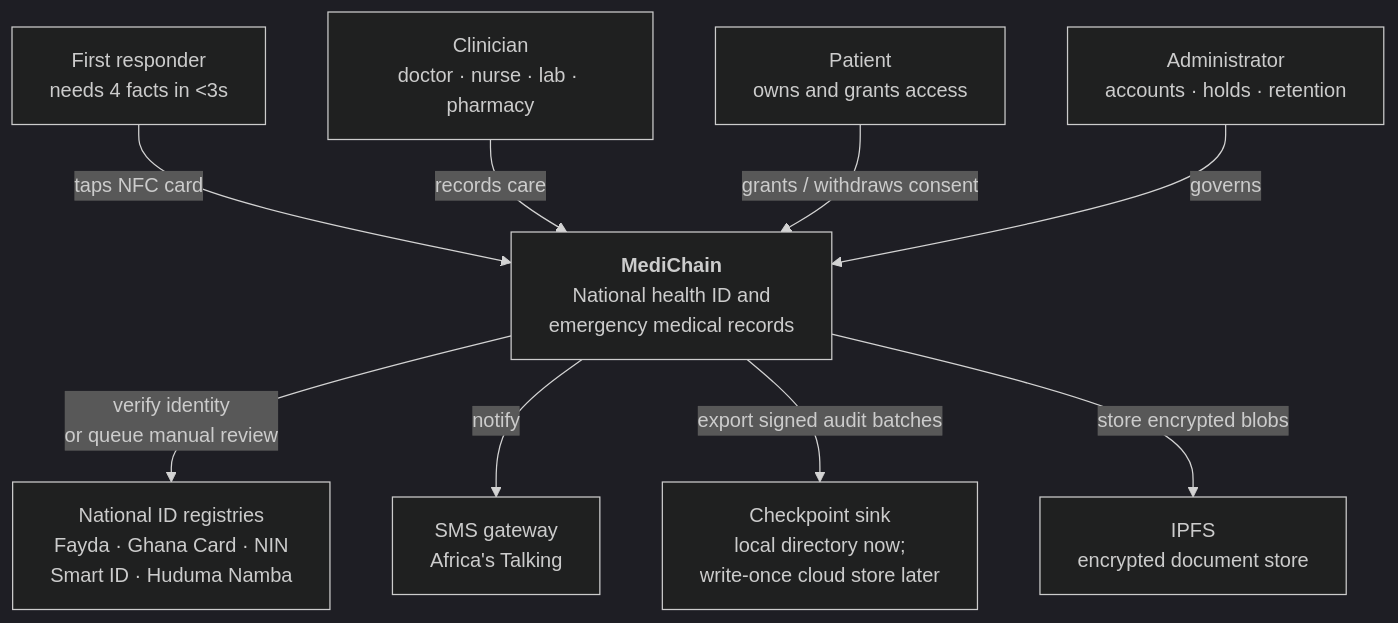
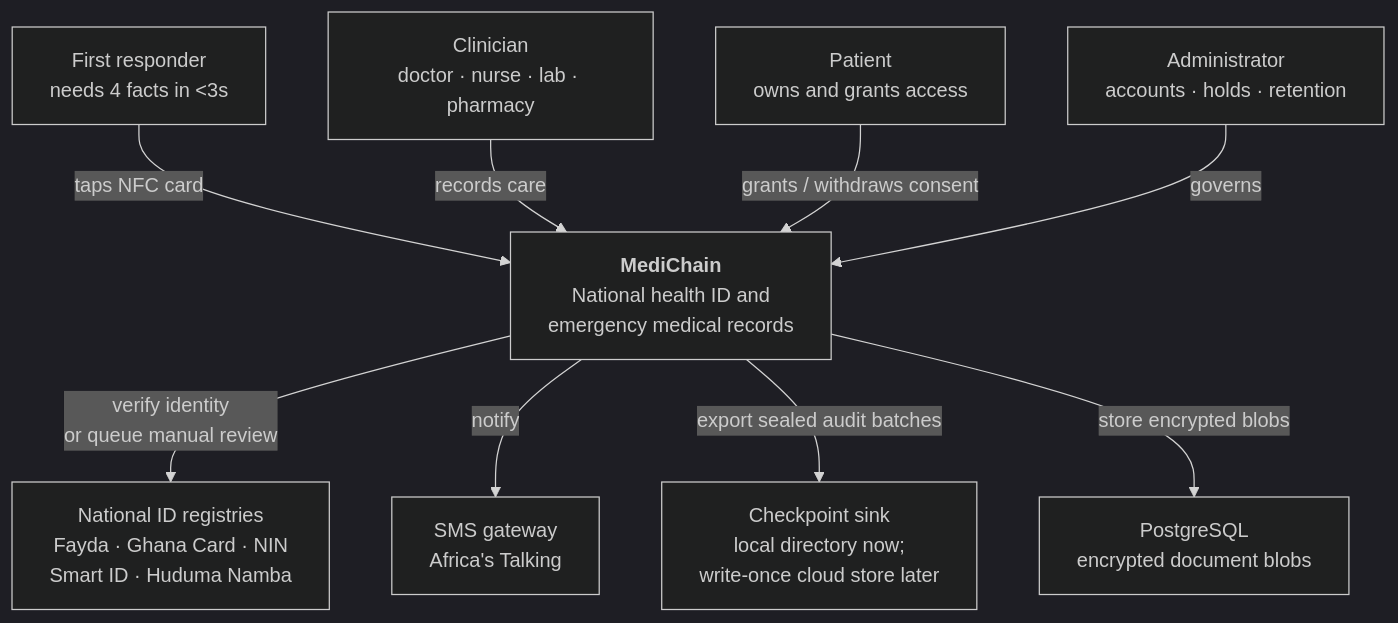
The first of 9 diagrams in docs/architecture.md (Lukau-Tech-Invasion/medichain), drawn with Mermaid (dark theme) before and after one commit. The commit also changed other lines of this file and 16 other files, not shown here.

Commit message:
Keep MediChain demo data in PostgreSQL and fail closed on storage loss

````diff
--- a/docs/architecture.md
+++ b/docs/architecture.md
@@ -38,24 +38,24 @@
 ```mermaid
 graph TB
     PARAMEDIC["First responder<br/>needs 4 facts in &lt;3s"]
     CLINICIAN["Clinician<br/>doctor · nurse · lab · pharmacy"]
     PATIENT["Patient<br/>owns and grants access"]
     ADMIN["Administrator<br/>accounts · holds · retention"]
 
     MC["<b>MediChain</b><br/>National health ID and<br/>emergency medical records"]
 
     NID["National ID registries<br/>Fayda · Ghana Card · NIN<br/>Smart ID · Huduma Namba"]
     SMS["SMS gateway<br/>Africa's Talking"]
     SINK["Checkpoint sink<br/>local directory now;<br/>write-once cloud store later"]
-    IPFS["IPFS<br/>encrypted document store"]
+    BLOBS["PostgreSQL<br/>encrypted document blobs"]
 
     PARAMEDIC -->|"taps NFC card"| MC
     CLINICIAN -->|"records care"| MC
     PATIENT -->|"grants / withdraws consent"| MC
     ADMIN -->|"governs"| MC
 
     MC -->|"verify identity<br/>or queue manual review"| NID
     MC -->|"notify"| SMS
-    MC -->|"export signed audit batches"| SINK
-    MC -->|"store encrypted blobs"| IPFS
+    MC -->|"export sealed audit batches"| SINK
+    MC -->|"store encrypted blobs"| BLOBS
 ```
````
